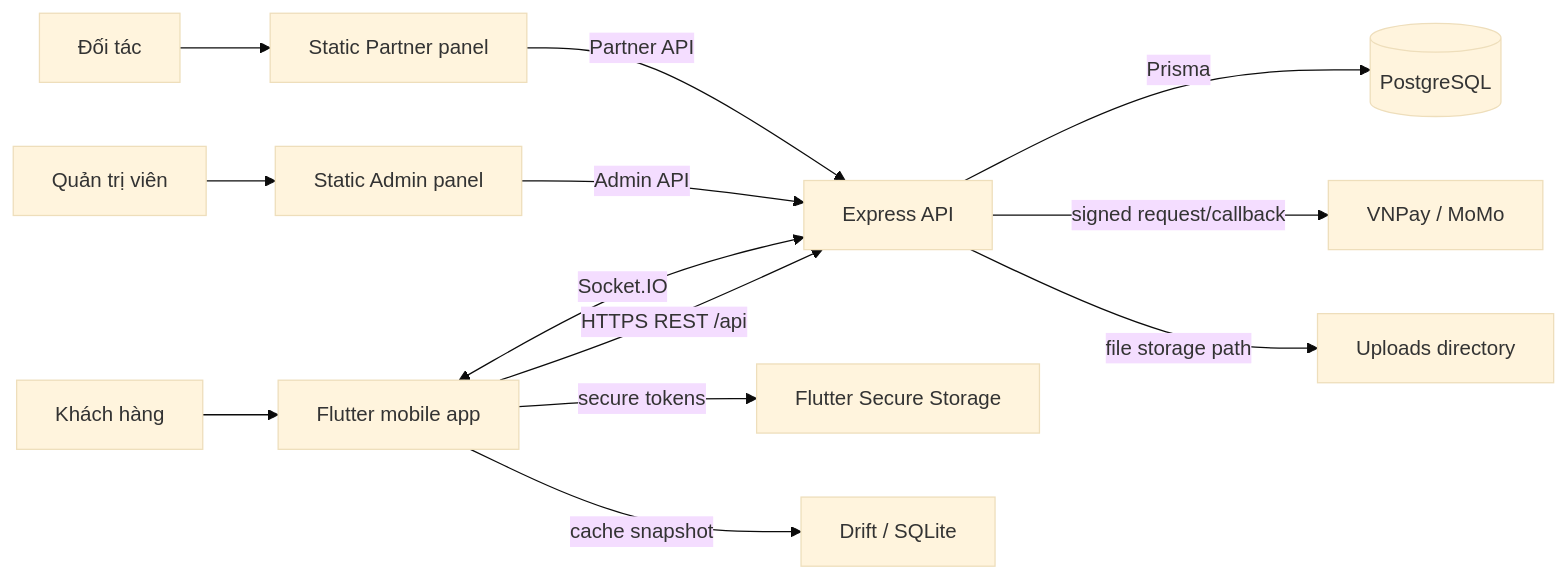
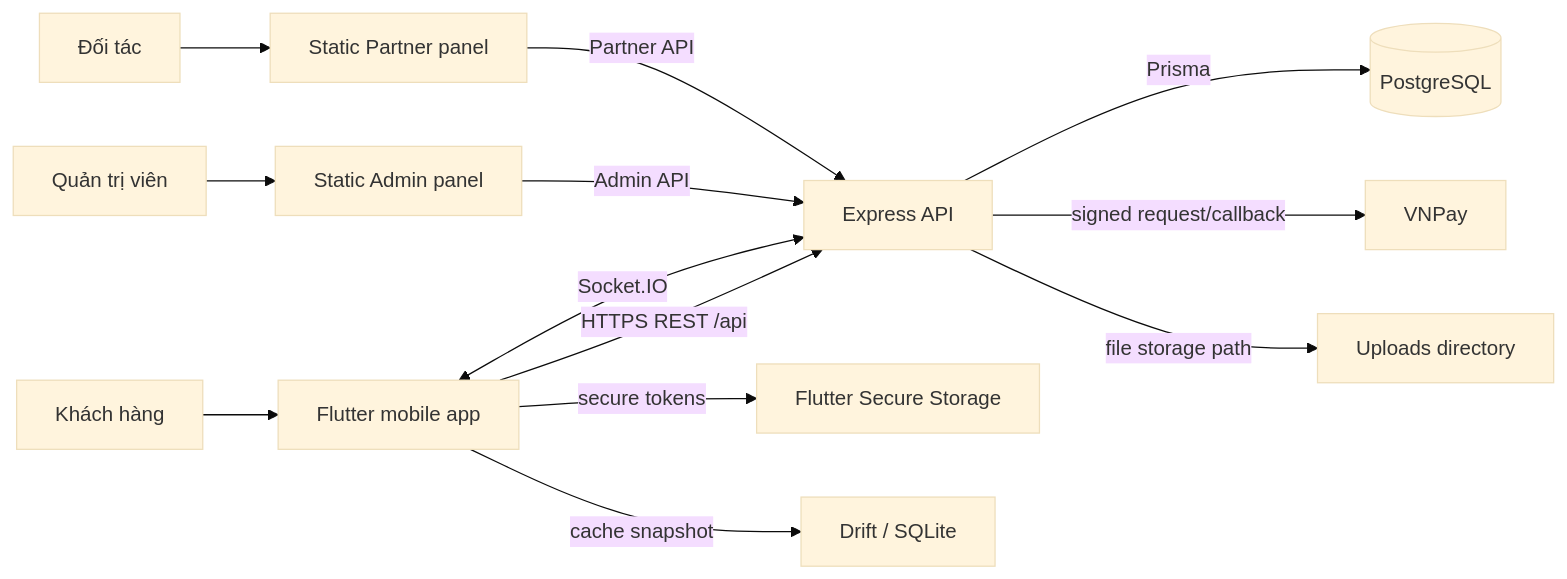
One commit to OniAntou/OnlineTravelAgent changed the diagram in docs/architecture/README.md. Above: the diagram before and after it, drawn with Mermaid (base theme). The commit also changed 48 other files, not shown here.

```diff
--- a/docs/architecture/README.md
+++ b/docs/architecture/README.md
@@ -14,17 +14,17 @@
 ~~~mermaid
 flowchart LR
     U["Khách hàng"] --> M["Flutter mobile app"]
     A["Quản trị viên"] --> AP["Static Admin panel"]
     P["Đối tác"] --> PP["Static Partner panel"]
 
     M -->|"HTTPS REST /api"| B["Express API"]
     M <-->|"Socket.IO"| B
     M -->|"secure tokens"| SS["Flutter Secure Storage"]
     M -->|"cache snapshot"| SQ["Drift / SQLite"]
 
     AP -->|"Admin API"| B
     PP -->|"Partner API"| B
     B -->|"Prisma"| DB[("PostgreSQL")]
-    B -->|"signed request/callback"| PAY["VNPay / MoMo"]
+    B -->|"signed request/callback"| PAY["VNPay"]
     B -->|"file storage path"| UP["Uploads directory"]
 ~~~
```
